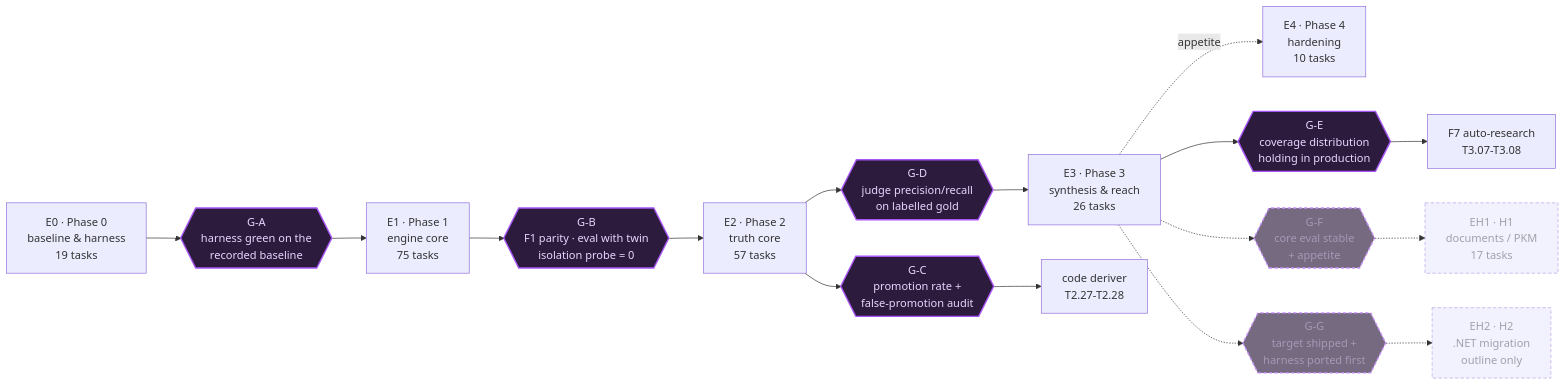
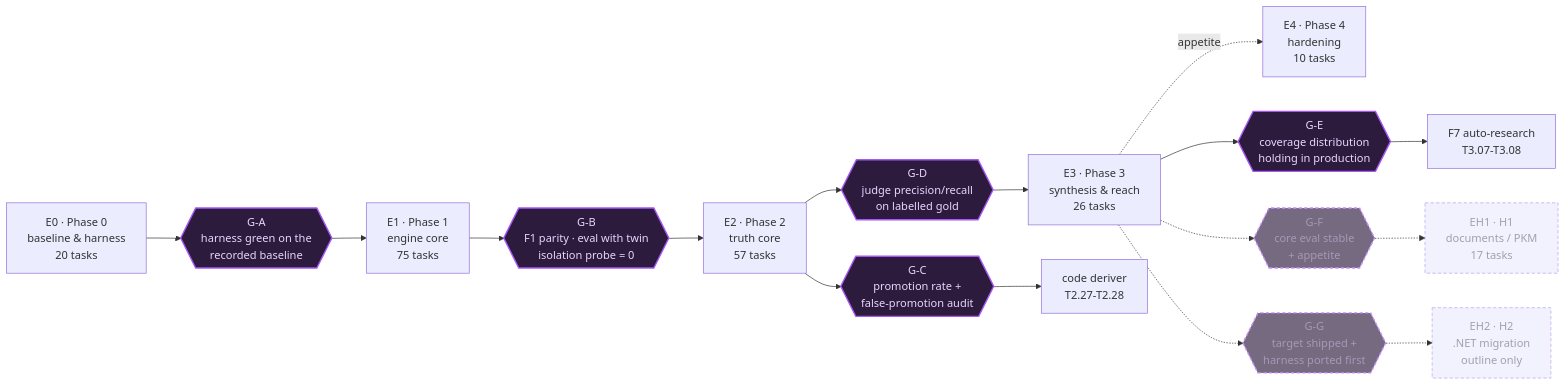
One commit to darkraise/darkmem changed the first of 7 diagrams in docs/planning/risks-and-lanes.md. Above: the diagram before and after it, drawn with Mermaid. The commit also changed other lines of this file and 3 other files, not shown here.

````diff
--- a/docs/planning/risks-and-lanes.md
+++ b/docs/planning/risks-and-lanes.md
@@ -171,30 +171,30 @@
 ```mermaid
 flowchart LR
-    E0["E0 · Phase 0<br/>baseline & harness<br/>19 tasks"]
+    E0["E0 · Phase 0<br/>baseline & harness<br/>20 tasks"]
     E1["E1 · Phase 1<br/>engine core<br/>75 tasks"]
     E2["E2 · Phase 2<br/>truth core<br/>57 tasks"]
     E3["E3 · Phase 3<br/>synthesis & reach<br/>26 tasks"]
     E4["E4 · Phase 4<br/>hardening<br/>10 tasks"]
     EH1["EH1 · H1<br/>documents / PKM<br/>17 tasks"]
     EH2["EH2 · H2<br/>.NET migration<br/>outline only"]
     GA{{"G-A<br/>harness green on the<br/>recorded baseline"}}
     GB{{"G-B<br/>F1 parity · eval with twin<br/>isolation probe = 0"}}
     GC{{"G-C<br/>promotion rate +<br/>false-promotion audit"}}
     GD{{"G-D<br/>judge precision/recall<br/>on labelled gold"}}
     GE{{"G-E<br/>coverage distribution<br/>holding in production"}}
     GF{{"G-F<br/>core eval stable<br/>+ appetite"}}
     GG{{"G-G<br/>target shipped +<br/>harness ported first"}}
     DER["code deriver<br/>T2.27-T2.28"]
     F7["F7 auto-research<br/>T3.07-T3.08"]
     E0 --> GA --> E1 --> GB --> E2
     E2 --> GC --> DER
     E2 --> GD --> E3
     E3 --> GE --> F7
     E3 -.->|appetite| E4
     E3 -.-> GF -.-> EH1
     E3 -.-> GG -.-> EH2
     classDef gate fill:#2d1b3d,stroke:#a855f7,stroke-width:2px,color:#e9d5ff
     classDef horizon stroke-dasharray:5 3,opacity:0.65
     class GA,GB,GC,GD,GE,GF,GG gate
     class EH1,EH2,GF,GG horizon
 ```
````
